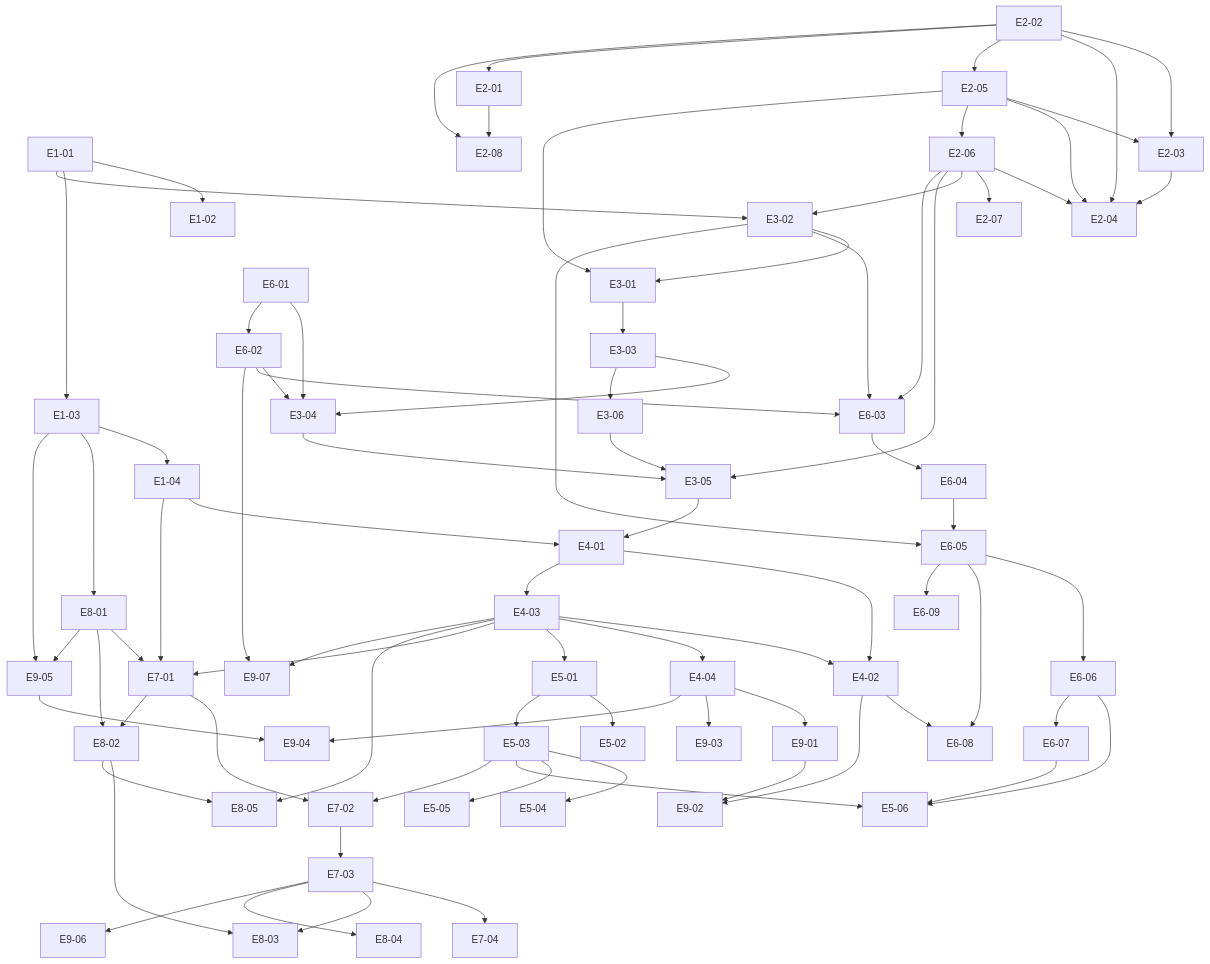
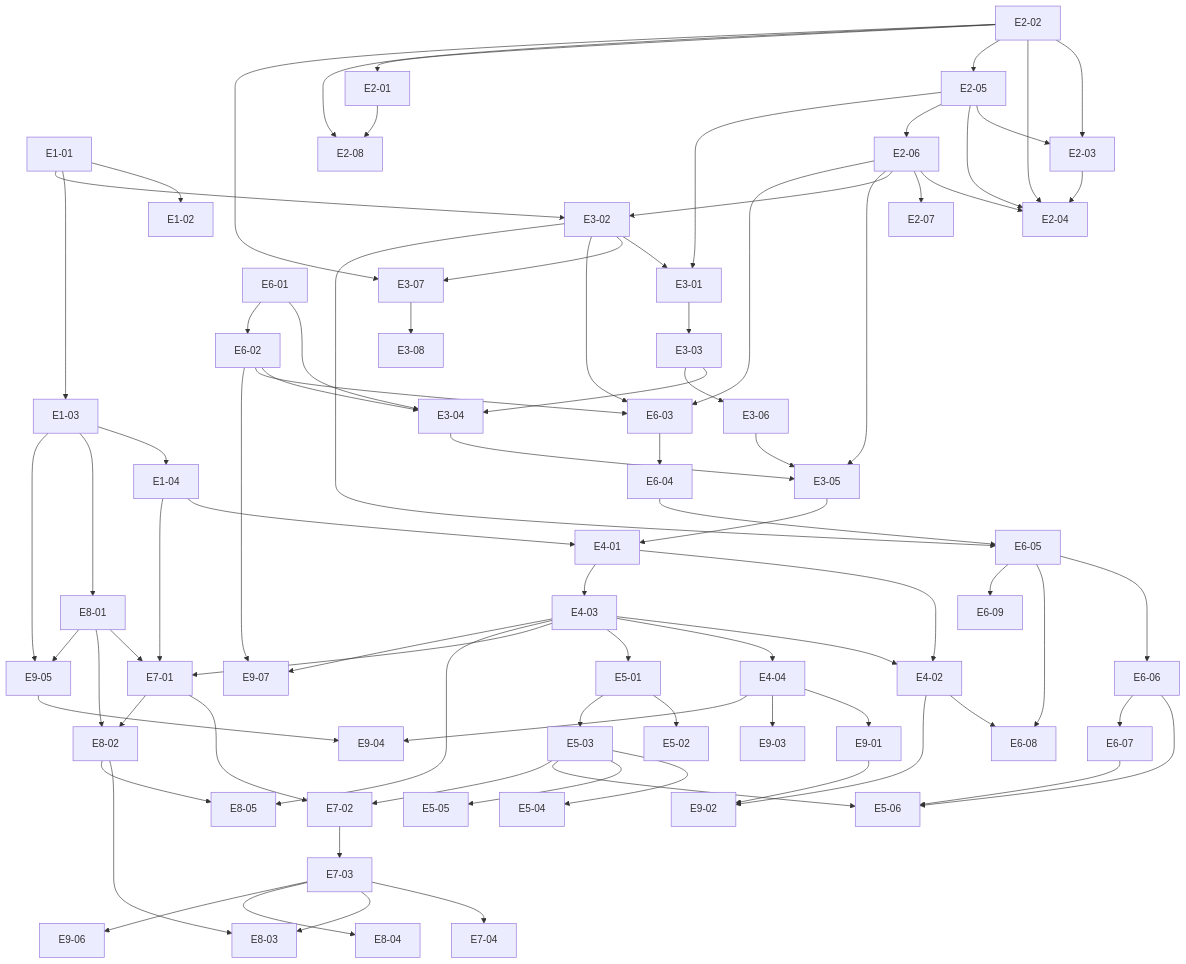
One commit to bacsystem/learning changed the second of 2 diagrams in docs/stories/serums-ia/README.md. Above: the diagram before and after it, drawn with Mermaid. The commit also changed other lines of this file and 5 other files, not shown here.

```diff
--- a/docs/stories/serums-ia/README.md
+++ b/docs/stories/serums-ia/README.md
@@ -70,6 +70,9 @@
   E3-06 --> E3-05
   E2-06 --> E3-05
   E3-03 --> E3-06
+  E3-02 --> E3-07
+  E2-02 --> E3-07
+  E3-07 --> E3-08
   E3-05 --> E4-01
   E1-04 --> E4-01
   E4-01 --> E4-02
```
